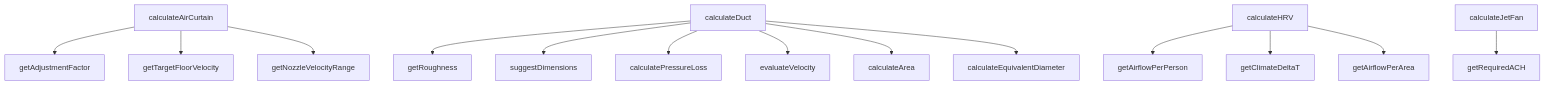
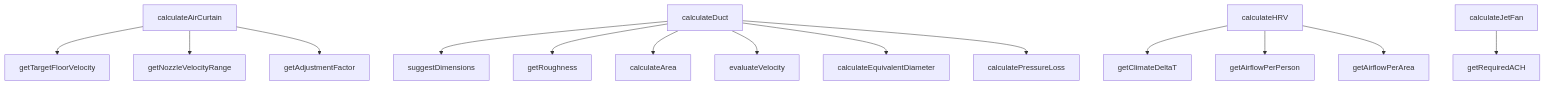
One commit to peckop/venthub-hvac-esite changed the diagram in src/lib/hvacCalculations.md. Above: the diagram before and after it, drawn with Mermaid. The commit also changed other lines of this file and 1 other file, not shown here.

````diff
--- a/src/lib/hvacCalculations.md
+++ b/src/lib/hvacCalculations.md
@@ -375,33 +560,33 @@
 ```mermaid
 graph TD
     hvacCalculations_ts__calculateAirCurtain["calculateAirCurtain"]
     hvacCalculations_ts__calculateArea["calculateArea"]
     hvacCalculations_ts__calculateDuct["calculateDuct"]
     hvacCalculations_ts__calculateEquivalentDiameter["calculateEquivalentDiameter"]
     hvacCalculations_ts__calculateHRV["calculateHRV"]
     hvacCalculations_ts__calculateJetFan["calculateJetFan"]
     hvacCalculations_ts__calculatePressureLoss["calculatePressureLoss"]
     hvacCalculations_ts__evaluateVelocity["evaluateVelocity"]
     hvacCalculations_ts__getAdjustmentFactor["getAdjustmentFactor"]
     hvacCalculations_ts__getAirflowPerArea["getAirflowPerArea"]
     hvacCalculations_ts__getAirflowPerPerson["getAirflowPerPerson"]
     hvacCalculations_ts__getClimateDeltaT["getClimateDeltaT"]
     hvacCalculations_ts__getNozzleVelocityRange["getNozzleVelocityRange"]
     hvacCalculations_ts__getRequiredACH["getRequiredACH"]
     hvacCalculations_ts__getRoughness["getRoughness"]
     hvacCalculations_ts__getTargetFloorVelocity["getTargetFloorVelocity"]
     hvacCalculations_ts__suggestDimensions["suggestDimensions"]
-    hvacCalculations_ts__calculateHRV --> hvacCalculations_ts__getAirflowPerPerson
-    hvacCalculations_ts__calculateJetFan --> hvacCalculations_ts__getRequiredACH
+    hvacCalculations_ts__calculateDuct --> hvacCalculations_ts__suggestDimensions
     hvacCalculations_ts__calculateDuct --> hvacCalculations_ts__getRoughness
-    hvacCalculations_ts__calculateDuct --> hvacCalculations_ts__suggestDimensions
-    hvacCalculations_ts__calculateDuct --> hvacCalculations_ts__calculatePressureLoss
-    hvacCalculations_ts__calculateDuct --> hvacCalculations_ts__evaluateVelocity
-    hvacCalculations_ts__calculateAirCurtain --> hvacCalculations_ts__getAdjustmentFactor
-    hvacCalculations_ts__calculateHRV --> hvacCalculations_ts__getClimateDeltaT
     hvacCalculations_ts__calculateDuct --> hvacCalculations_ts__calculateArea
     hvacCalculations_ts__calculateAirCurtain --> hvacCalculations_ts__getTargetFloorVelocity
+    hvacCalculations_ts__calculateDuct --> hvacCalculations_ts__evaluateVelocity
+    hvacCalculations_ts__calculateHRV --> hvacCalculations_ts__getClimateDeltaT
+    hvacCalculations_ts__calculateJetFan --> hvacCalculations_ts__getRequiredACH
+    hvacCalculations_ts__calculateHRV --> hvacCalculations_ts__getAirflowPerPerson
+    hvacCalculations_ts__calculateDuct --> hvacCalculations_ts__calculateEquivalentDiameter
     hvacCalculations_ts__calculateAirCurtain --> hvacCalculations_ts__getNozzleVelocityRange
     hvacCalculations_ts__calculateHRV --> hvacCalculations_ts__getAirflowPerArea
-    hvacCalculations_ts__calculateDuct --> hvacCalculations_ts__calculateEquivalentDiameter
+    hvacCalculations_ts__calculateAirCurtain --> hvacCalculations_ts__getAdjustmentFactor
+    hvacCalculations_ts__calculateDuct --> hvacCalculations_ts__calculatePressureLoss
 ```
````
